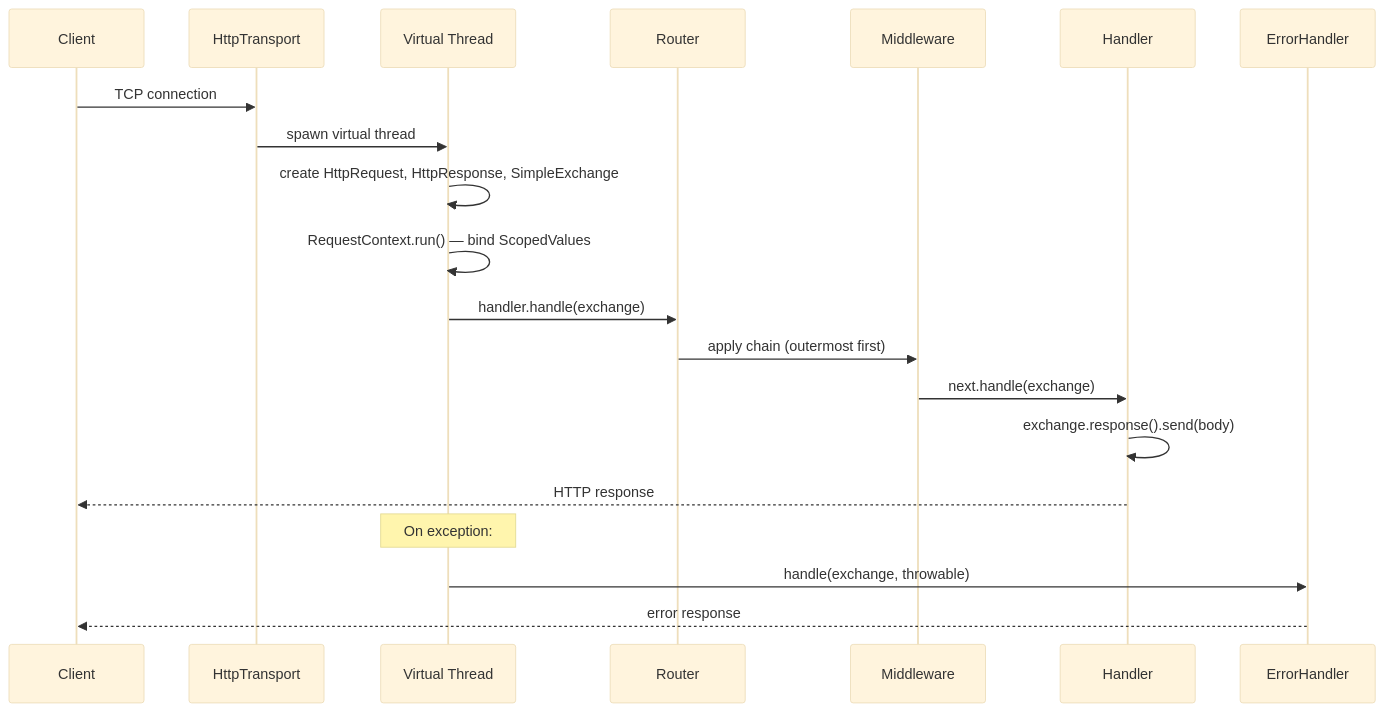
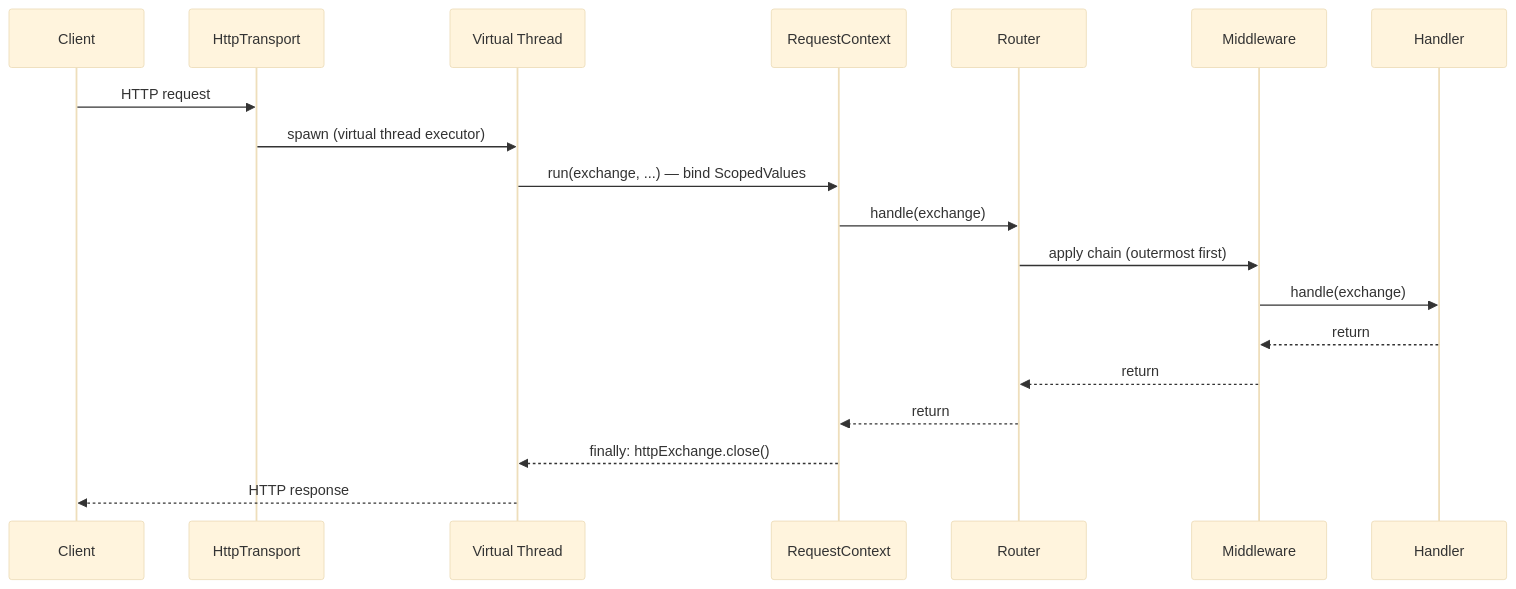
The third of 4 diagrams in docs/CODEBASE_MAP.md (deer/serve.build), drawn with Mermaid (base theme) before and after one commit. The commit also changed other lines of this file and 3 other files, not shown here.

````diff
--- a/docs/CODEBASE_MAP.md
+++ b/docs/CODEBASE_MAP.md
@@ -778,23 +654,22 @@
 ```mermaid
 sequenceDiagram
     participant Client
     participant HttpTransport
-    participant VirtualThread as Virtual Thread
+    participant VThread as Virtual Thread
+    participant RequestContext
     participant Router
     participant Middleware
     participant Handler
-    participant ErrorHandler
 
-    Client->>HttpTransport: TCP connection
-    HttpTransport->>VirtualThread: spawn virtual thread
-    VirtualThread->>VirtualThread: create HttpRequest, HttpResponse, SimpleExchange
-    VirtualThread->>VirtualThread: RequestContext.run() — bind ScopedValues
-    VirtualThread->>Router: handler.handle(exchange)
+    Client->>HttpTransport: HTTP request
+    HttpTransport->>VThread: spawn (virtual thread executor)
+    VThread->>RequestContext: run(exchange, ...) — bind ScopedValues
+    RequestContext->>Router: handle(exchange)
     Router->>Middleware: apply chain (outermost first)
-    Middleware->>Handler: next.handle(exchange)
-    Handler->>Handler: exchange.response().send(body)
-    Handler-->>Client: HTTP response
-    Note over VirtualThread: On exception:
-    VirtualThread->>ErrorHandler: handle(exchange, throwable)
-    ErrorHandler-->>Client: error response
+    Middleware->>Handler: handle(exchange)
+    Handler-->>Middleware: return
+    Middleware-->>Router: return
+    Router-->>RequestContext: return
+    RequestContext-->>VThread: finally: httpExchange.close()
+    VThread-->>Client: HTTP response
 ```
````
